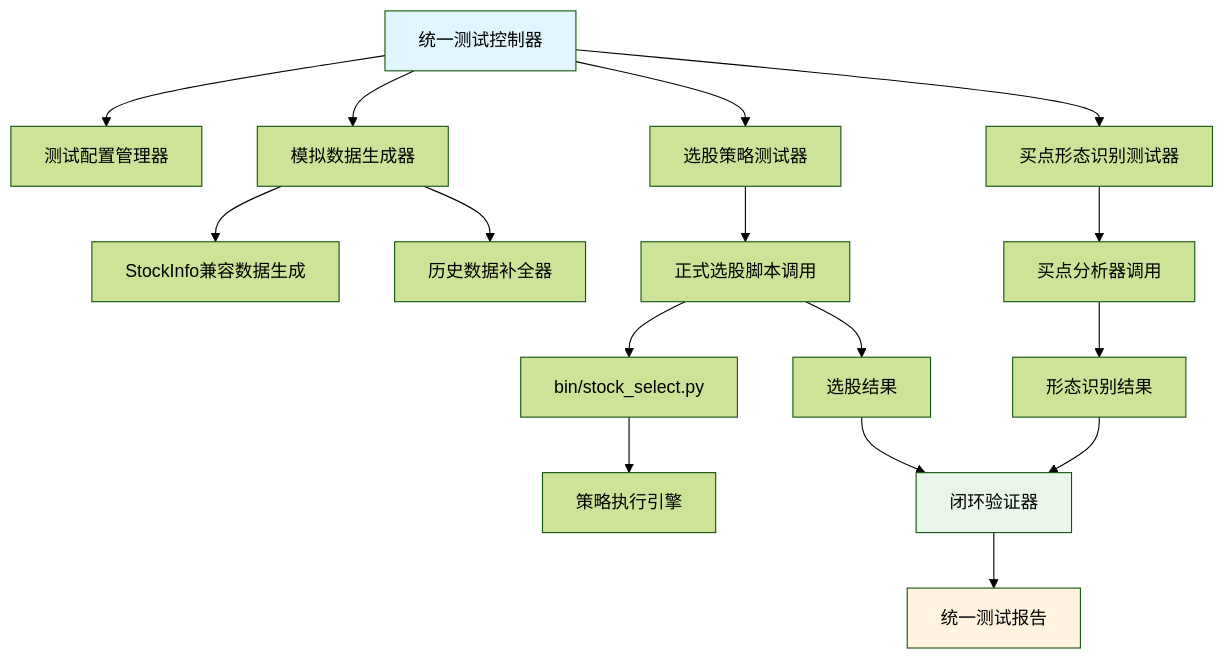
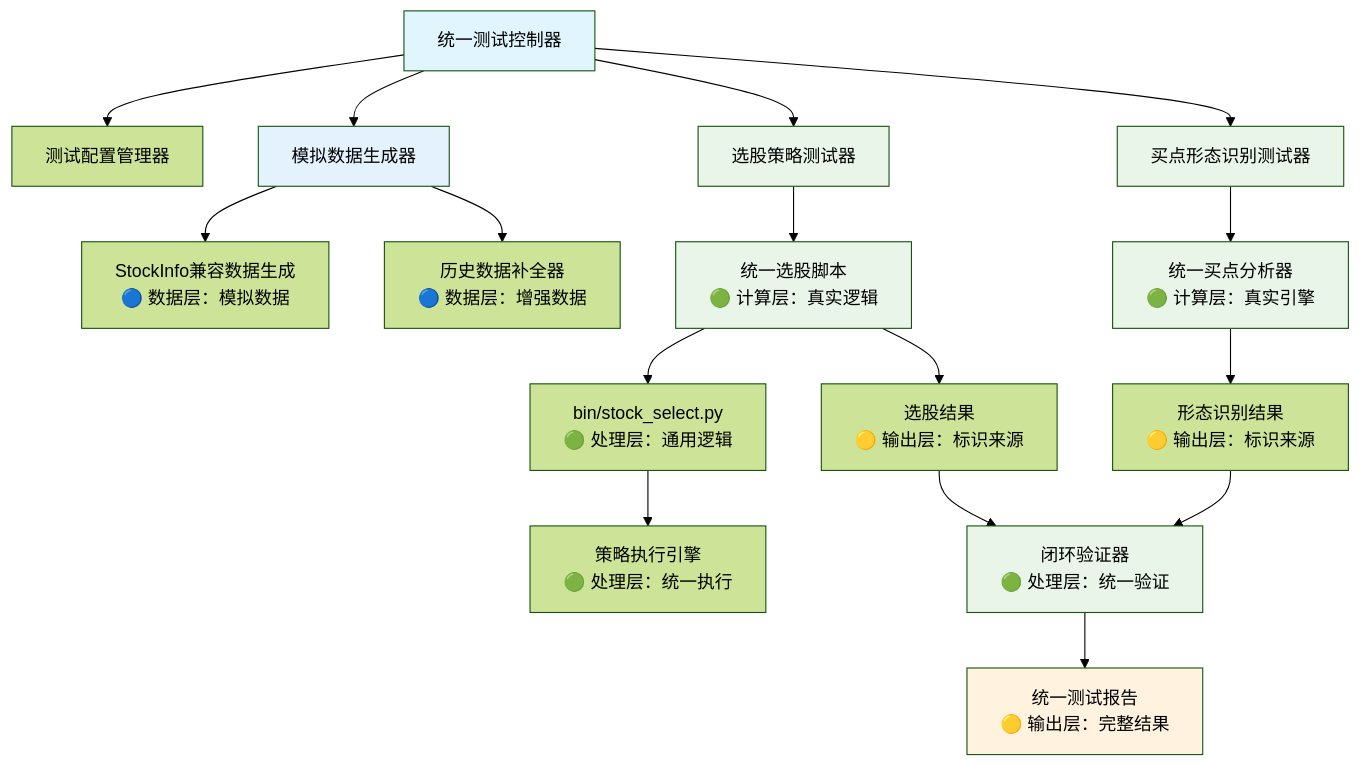
One commit to HackerChenX/freedom changed the second of 2 diagrams in docs/统一指标测试架构设计方案.md. Above: the diagram before and after it, drawn with Mermaid (forest theme). The commit also changed other lines of this file and 44 other files, not shown here.

````diff
--- a/docs/统一指标测试架构设计方案.md
+++ b/docs/统一指标测试架构设计方案.md
@@ -25,27 +106,32 @@
 ```mermaid
 graph TB
     A[统一测试控制器] --> B[测试配置管理器]
     A --> C[模拟数据生成器]
     A --> D[买点形态识别测试器]
     A --> E[选股策略测试器]
     
-    C --> F[StockInfo兼容数据生成]
-    C --> G[历史数据补全器]
+    C --> F[StockInfo兼容数据生成<br/>🔵 数据层：模拟数据]
+    C --> G[历史数据补全器<br/>🔵 数据层：增强数据]
     
-    D --> H[买点分析器调用]
-    E --> I[正式选股脚本调用]
+    D --> H[统一买点分析器<br/>🟢 计算层：真实引擎]
+    E --> I[统一选股脚本<br/>🟢 计算层：真实逻辑]
     
-    I --> J[bin/stock_select.py]
-    J --> K[策略执行引擎]
+    I --> J[bin/stock_select.py<br/>🟢 处理层：通用逻辑]
+    J --> K[策略执行引擎<br/>🟢 处理层：统一执行]
     
-    H --> L[形态识别结果]
-    I --> M[选股结果]
+    H --> L[形态识别结果<br/>🟡 输出层：标识来源]
+    I --> M[选股结果<br/>🟡 输出层：标识来源]
     
-    L --> N[闭环验证器]
+    L --> N[闭环验证器<br/>🟢 处理层：统一验证]
     M --> N
-    N --> O[统一测试报告]
+    N --> O[统一测试报告<br/>🟡 输出层：完整结果]
     
     style A fill:#e1f5fe
+    style C fill:#e3f2fd
+    style D fill:#e8f5e8
+    style E fill:#e8f5e8
+    style H fill:#e8f5e8
+    style I fill:#e8f5e8
     style N fill:#e8f5e8
     style O fill:#fff3e0
 ```
````
